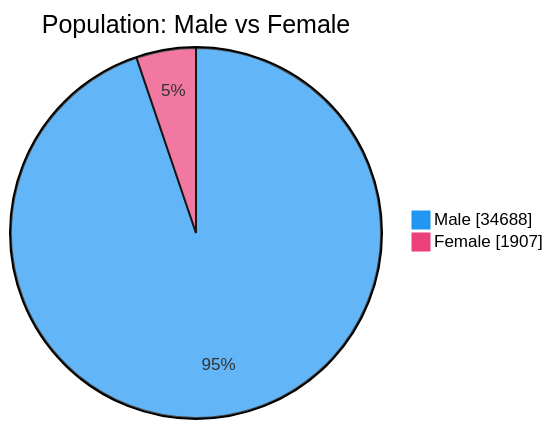
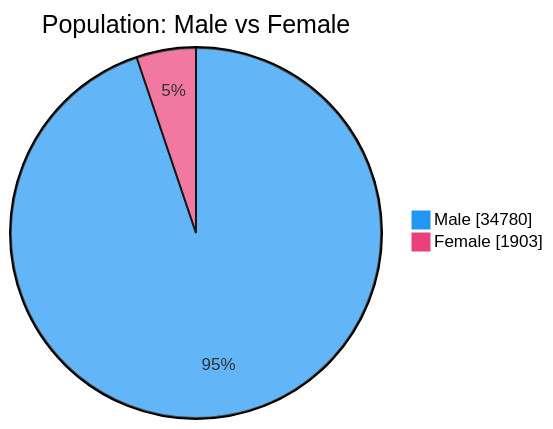
One commit to nuuuwan/lk_prisons changed the second of 7 diagrams in README.md. Above: the diagram before and after it, drawn with Mermaid. The commit also changed other lines of this file and 1 other file, not shown here.

````diff
--- a/README.md
+++ b/README.md
@@ -54,6 +54,6 @@
 ```mermaid
 %%{init: {'themeVariables': {'pie1': '#2196F3', 'pie2': '#EC407A'}}}%%
 pie showData title Population: Male vs Female
-    "Male" : 34688
-    "Female" : 1907
+    "Male" : 34780
+    "Female" : 1903
 ```
````
